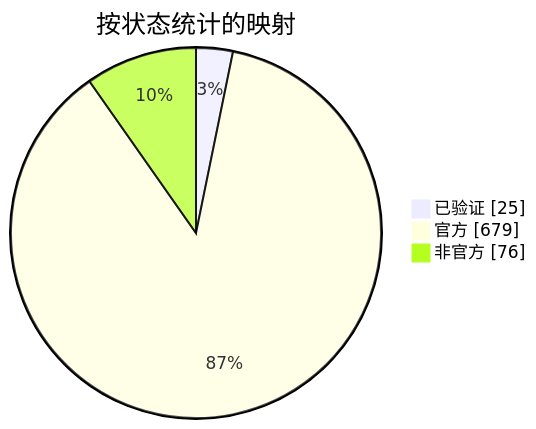
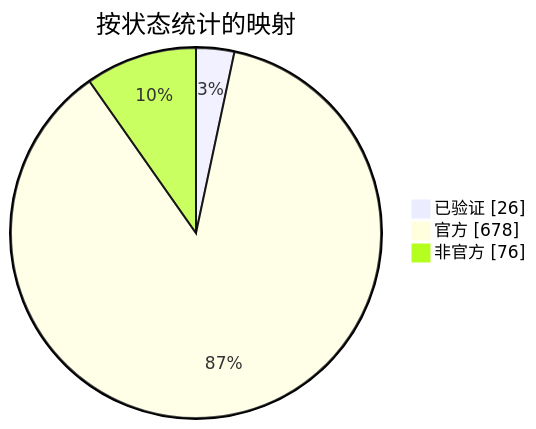
Before and after one commit to nobrega8/mbmap-library: the diagram in docs/readme/README_ZHS.md, drawn with Mermaid. The commit also changed 7 other files, not shown here.

````diff
--- a/docs/readme/README_ZHS.md
+++ b/docs/readme/README_ZHS.md
@@ -54,7 +54,7 @@
 ```mermaid
 pie showData
     title 按状态统计的映射
-    "已验证" : 25
-    "官方" : 679
+    "已验证" : 26
+    "官方" : 678
     "非官方" : 76
 ```
````
